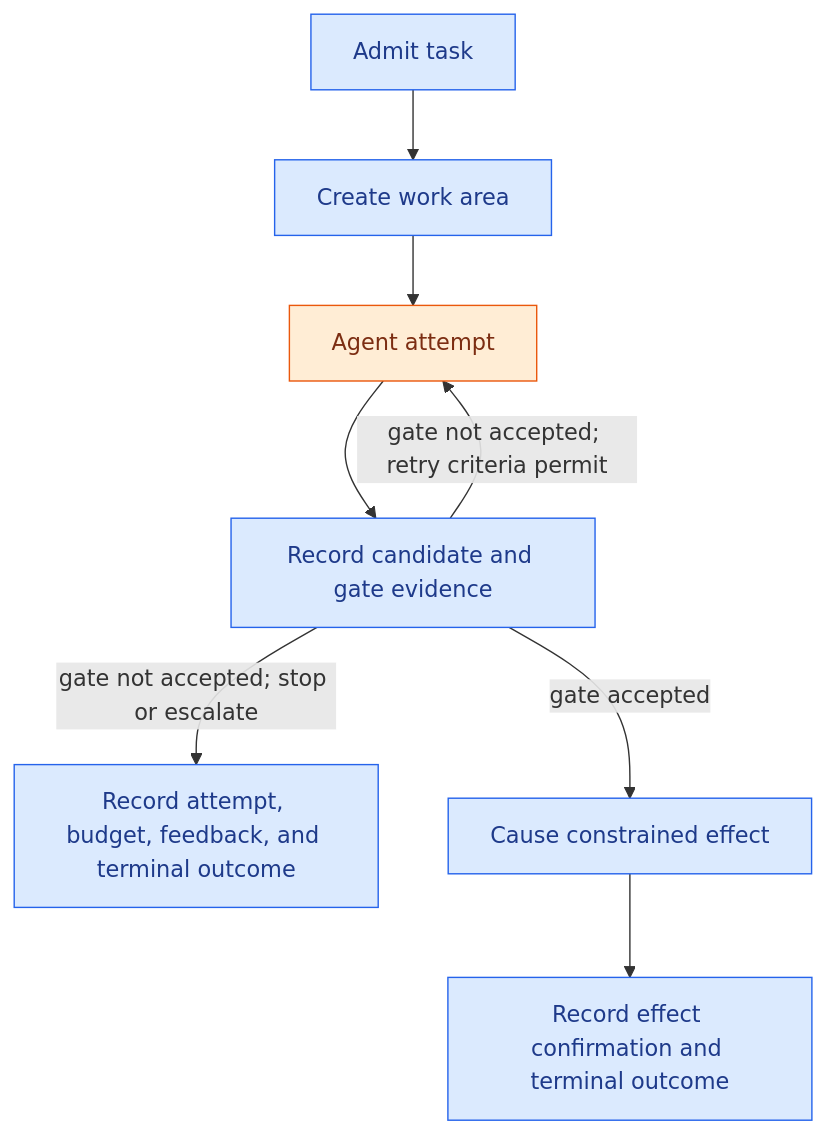
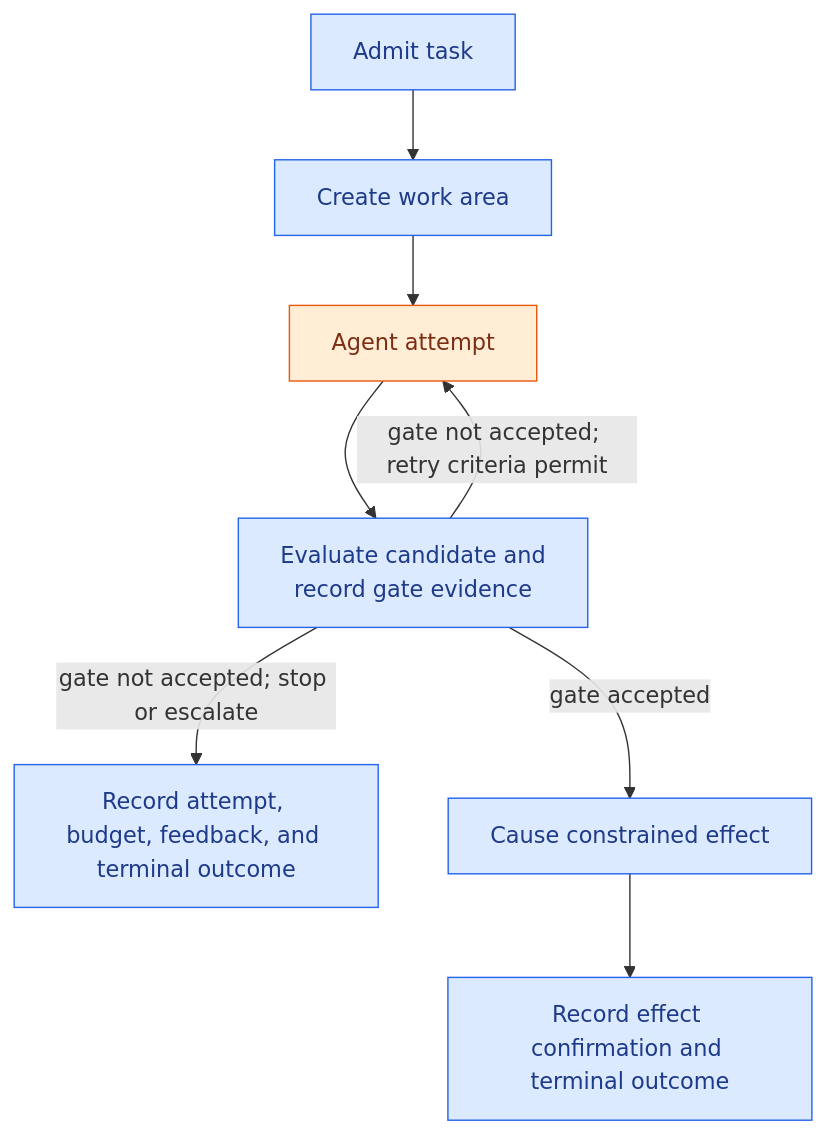
The third of 3 diagrams in workstreams/reference-architectures/architectures/bounded-autonomous-remediation.md (mzagar/wg-workflows-and-process-integration), drawn with Mermaid before and after one commit. The commit also changed other lines of this file, not shown here.

First line of the commit message:
Complete bounded remediation flow diagrams

````diff
--- a/workstreams/reference-architectures/architectures/bounded-autonomous-remediation.md
+++ b/workstreams/reference-architectures/architectures/bounded-autonomous-remediation.md
@@ -207,15 +208,15 @@
 ```mermaid
 flowchart TD
     A["Admit task"] --> W["Create work area"]
     W --> T["Agent attempt"]
-    T --> G["Record candidate and gate evidence"]
+    T --> G["Evaluate candidate and<br/>record gate evidence"]
     G -->|"gate not accepted; retry criteria permit"| T
     G -->|"gate not accepted; stop or escalate"| S["Record attempt, budget, feedback, and terminal outcome"]
     G -->|"gate accepted"| E["Cause constrained effect"]
     E --> R["Record effect confirmation and terminal outcome"]
 
     class A,W,G,S,E,R workflow
     class T agent
     classDef workflow fill:#dbeafe,stroke:#2563eb,color:#1e3a8a
     classDef agent fill:#ffedd5,stroke:#ea580c,color:#7c2d12
 ```
````
